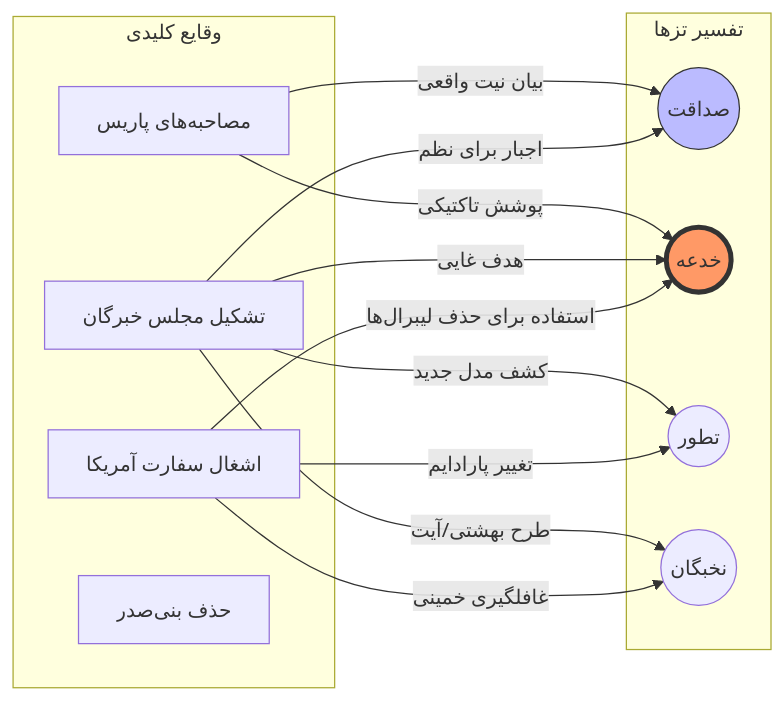
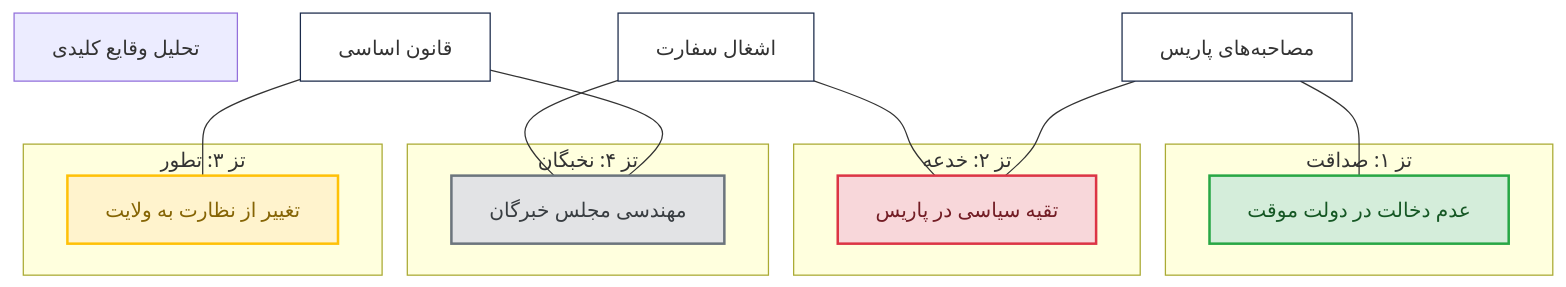
Before and after one commit to mahhdy/MahdiSalem.com: the first of 2 diagrams in src/content/books/fa/khomeini-promise-or-deception.mdx, drawn with Mermaid. The commit also changed other lines of this file, not shown here.

````diff
--- a/src/content/books/fa/khomeini-promise-or-deception.mdx
+++ b/src/content/books/fa/khomeini-promise-or-deception.mdx
@@ -91,31 +92,39 @@
 ```mermaid
-graph LR
-    subgraph "وقایع کلیدی"
-        E1[مصاحبه‌های پاریس]
-        E2[تشکیل مجلس خبرگان]
-        E3[اشغال سفارت آمریکا]
-        E4[حذف بنی‌صدر]
+graph TB
+    %% Definitions
+    classDef thesis1 fill:#d4edda,stroke:#28a745,stroke-width:2px,color:#155724;
+    classDef thesis2 fill:#f8d7da,stroke:#dc3545,stroke-width:2px,color:#721c24;
+    classDef thesis3 fill:#fff3cd,stroke:#ffc107,stroke-width:2px,color:#856404;
+    classDef thesis4 fill:#e2e3e5,stroke:#6c757d,stroke-width:2px,color:#383d41;
+    classDef event fill:#fff,stroke:#1B2A4A,stroke-width:1px;
+
+    Main["تحلیل وقایع کلیدی"]
+
+    subgraph "تز ۱: صداقت"
+        T1["عدم دخالت در دولت موقت"]
+    end
+    subgraph "تز ۲: خدعه"
+        T2["تقیه سیاسی در پاریس"]
+    end
+    subgraph "تز ۳: تطور"
+        T3["تغییر از نظارت به ولایت"]
+    end
+    subgraph "تز ۴: نخبگان"
+        T4["مهندسی مجلس خبرگان"]
     end
 
-    subgraph "تفسیر تزها"
-        T1((صداقت))
-        T2((خدعه))
-        T3((تطور))
-        T4((نخبگان))
-    end
+    E1["مصاحبه‌های پاریس"] --- T1
+    E1 --- T2
+    
+    E2["قانون اساسی"] --- T3
+    E2 --- T4
 
-    E1 -- "بیان نیت واقعی" --> T1
-    E1 -- "پوشش تاکتیکی" --> T2
-    
-    E2 -- "اجبار برای نظم" --> T1
-    E2 -- "هدف غایی" --> T2
-    E2 -- "کشف مدل جدید" --> T3
-    E2 -- "طرح بهشتی/آیت" --> T4
+    E3["اشغال سفارت"] --- T2
+    E3 --- T4
 
-    E3 -- "غافلگیری خمینی" --> T4
-    E3 -- "استفاده برای حذف لیبرال‌ها" --> T2
-    E3 -- "تغییر پارادایم" --> T3
-    
-    style T2 fill:#f96,stroke:#333,stroke-width:4px
-    style T1 fill:#bbf,stroke:#333
+    class T1 thesis1
+    class T2 thesis2
+    class T3 thesis3
+    class T4 thesis4
+    class E1,E2,E3 event
 ```
````
